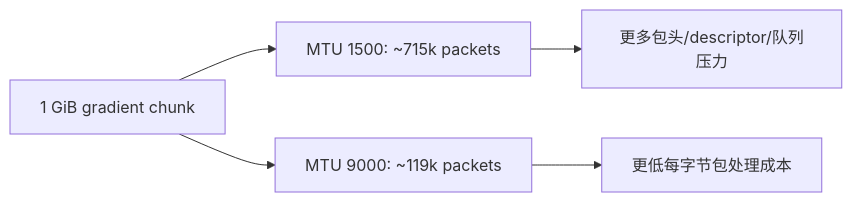
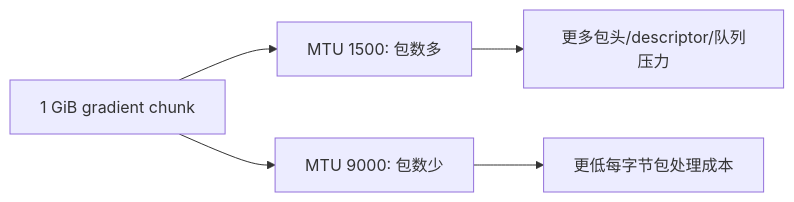
Before and after one commit to qxhy123/learn: the fourth of 8 diagrams in ai-infra-tutorial/part0-foundations-of-systems/0d-network-stack-fundamentals.md, drawn with Mermaid. The commit also changed other lines of this file and 39 other files, not shown here.

First line of the commit message:
Split Part 0a CPU microarchitecture into 8 deep-dive chapters

````diff
--- a/ai-infra-tutorial/part0-foundations-of-systems/0d-network-stack-fundamentals.md
+++ b/ai-infra-tutorial/part0-foundations-of-systems/0d-network-stack-fundamentals.md
@@ -105,7 +362,7 @@
 ```mermaid
 flowchart LR
-  grad[1 GiB gradient chunk] --> m1500[MTU 1500: ~715k packets]
-  grad --> m9000[MTU 9000: ~119k packets]
+  grad[1 GiB gradient chunk] --> m1500[MTU 1500: 包数多]
+  grad --> m9000[MTU 9000: 包数少]
   m1500 --> cost1[更多包头/descriptor/队列压力]
   m9000 --> cost2[更低每字节包处理成本]
 ```
````
